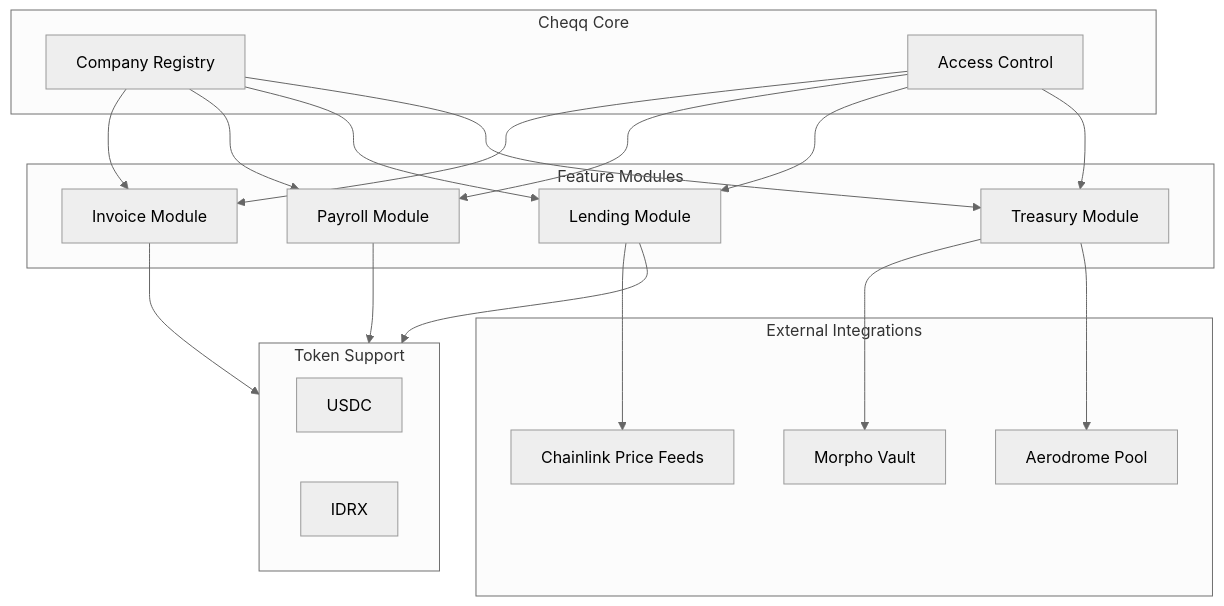
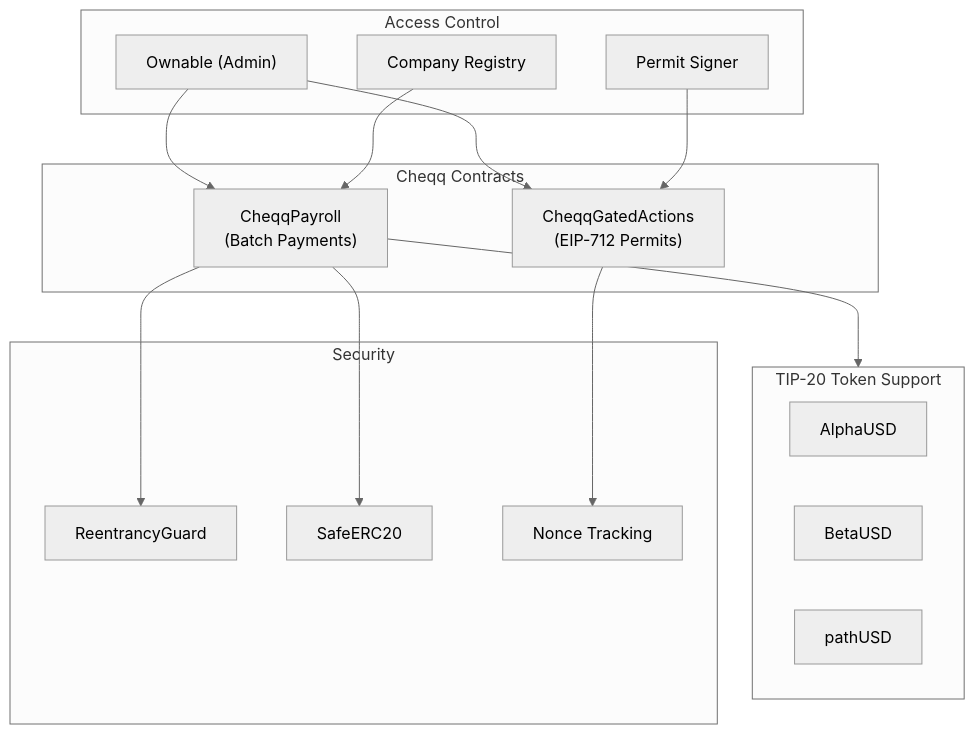
The ninth of 10 diagrams in excalidraw-flow-chart/payfi_flowcharts.md (unclekaldoteth/cheqq), drawn with Mermaid (neutral theme) before and after one commit. The commit also changed other lines of this file and 110 other files, not shown here.

Commit message:
Update Cheqq application: UI improvements, contract updates, and feature enhancements

````diff
--- a/excalidraw-flow-chart/payfi_flowcharts.md
+++ b/excalidraw-flow-chart/payfi_flowcharts.md
@@ -252,43 +272,35 @@
 ```mermaid
 flowchart TB
-    subgraph Core["Cheqq Core"]
-        Registry["Company Registry"]
-        Access["Access Control"]
+    subgraph Core["Cheqq Contracts"]
+        Payroll["CheqqPayroll\n(Batch Payments)"]
+        Gated["CheqqGatedActions\n(EIP-712 Permits)"]
     end
 
-    subgraph Modules["Feature Modules"]
-        Invoice["Invoice Module"]
-        Payroll["Payroll Module"]
-        Lending["Lending Module"]
-        Treasury["Treasury Module"]
+    subgraph Access["Access Control"]
+        Owner["Ownable (Admin)"]
+        PermitSigner["Permit Signer"]
+        CompanyReg["Company Registry"]
     end
 
-    subgraph External["External Integrations"]
-        Morpho["Morpho Vault"]
-        Aero["Aerodrome Pool"]
-        Chainlink["Chainlink Price Feeds"]
+    subgraph Tokens["TIP-20 Token Support"]
+        AlphaUSD["AlphaUSD"]
+        BetaUSD["BetaUSD"]
+        PathUSD["pathUSD"]
     end
 
-    subgraph Tokens["Token Support"]
-        USDC["USDC"]
-        IDRX["IDRX"]
+    subgraph Security["Security"]
+        Reentrancy["ReentrancyGuard"]
+        SafeERC20["SafeERC20"]
+        NonceTracking["Nonce Tracking"]
     end
 
-    Registry --> Invoice
-    Registry --> Payroll
-    Registry --> Lending
-    Registry --> Treasury
+    Owner --> Payroll
+    Owner --> Gated
+    PermitSigner --> Gated
+    CompanyReg --> Payroll
 
-    Access --> Invoice
-    Access --> Payroll
-    Access --> Lending
-    Access --> Treasury
-
-    Treasury --> Morpho
-    Treasury --> Aero
-    
-    Lending --> Chainlink
-    Invoice --> Tokens
     Payroll --> Tokens
-    Lending --> Tokens
+    Payroll --> Reentrancy
+    Payroll --> SafeERC20
+    Gated --> NonceTracking
 ```
````
